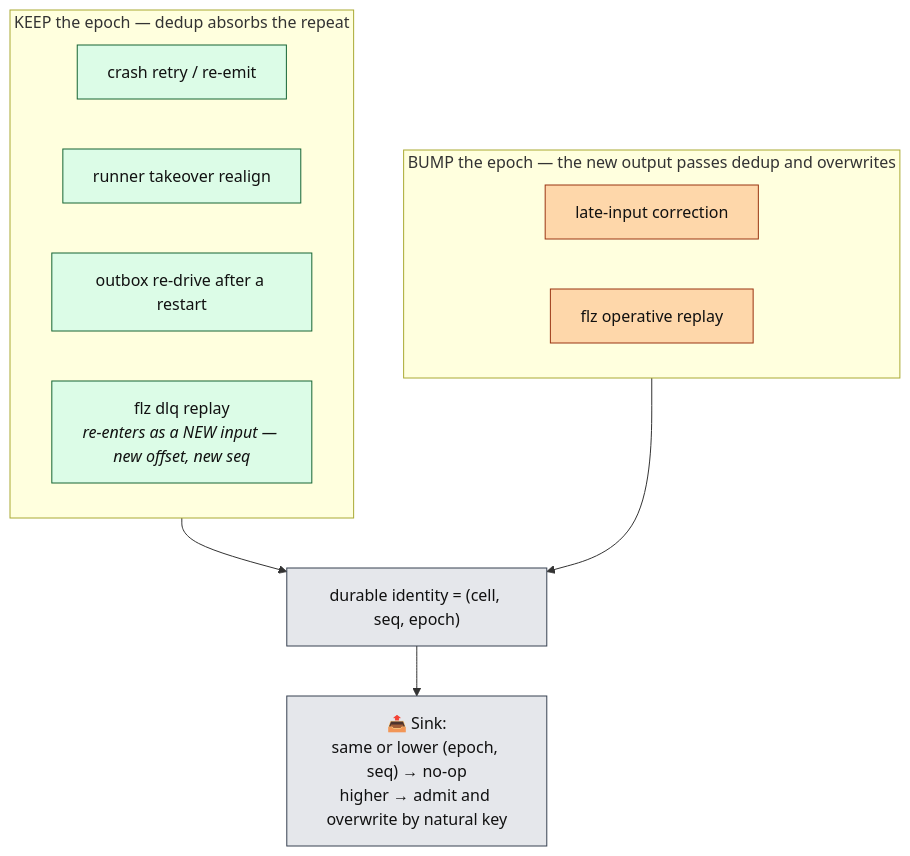
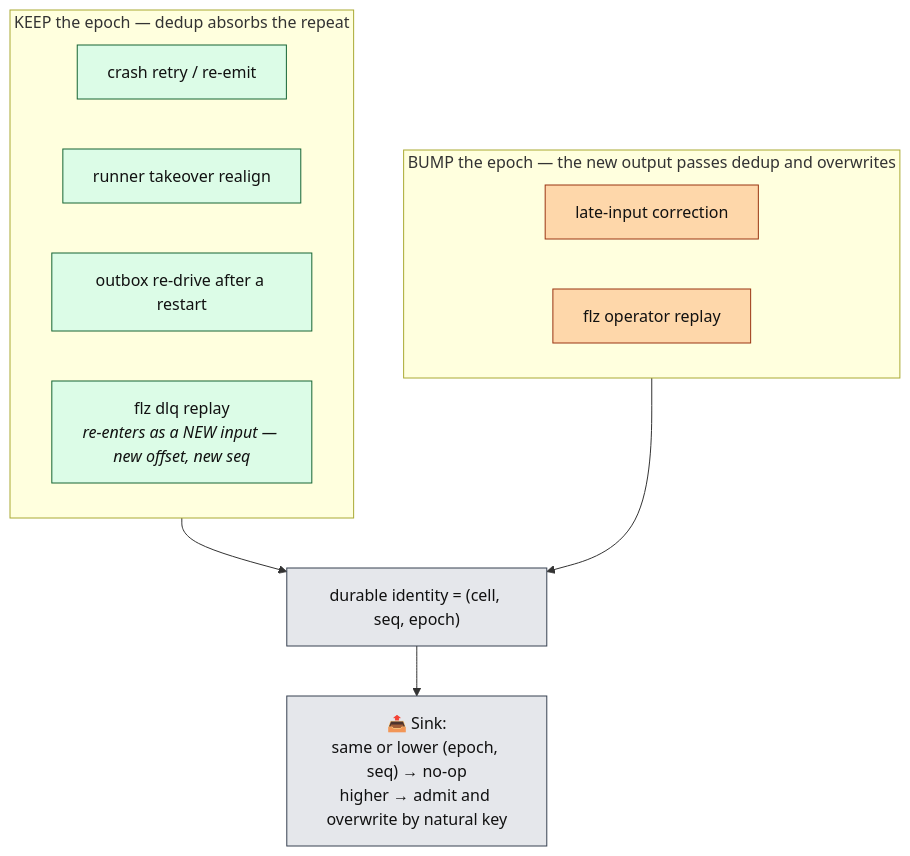
One commit to Flezha/flezha changed diagram 11 of 17 in docs/architecture/kernel.md. Above: the diagram before and after it, drawn with Mermaid. The commit also changed other lines of this file and 929 other files, not shown here.

First line of the commit message:
Rename Operative to Operator, and its kinds to unbounded and bounded

````diff
--- a/docs/architecture/kernel.md
+++ b/docs/architecture/kernel.md
@@ -522,20 +522,20 @@
 ```mermaid
 flowchart TB
     subgraph KEEP["KEEP the epoch — dedup absorbs the repeat"]
         C1["crash retry / re-emit"]:::exec
         C2["runner takeover realign"]:::exec
         C3["outbox re-drive after a restart"]:::exec
         C4["flz dlq replay<br/><i>re-enters as a NEW input — new offset, new seq</i>"]:::exec
     end
     subgraph BUMP["BUMP the epoch — the new output passes dedup and overwrites"]
         B1["late-input correction"]:::sink
-        B2["flz operative replay"]:::sink
+        B2["flz operator replay"]:::sink
     end
     KEEP --> RULE["durable identity = (cell, seq, epoch)"]:::store
     BUMP --> RULE
     RULE --> SINKR["📤 Sink:<br/>same or lower (epoch, seq) → no-op<br/>higher → admit and overwrite by natural key"]:::store
 
     classDef exec fill:#dcfce7,stroke:#166534,color:#111
     classDef sink fill:#fed7aa,stroke:#9a3412,color:#111
     classDef store fill:#e5e7eb,stroke:#374151,color:#111
 ```
````
